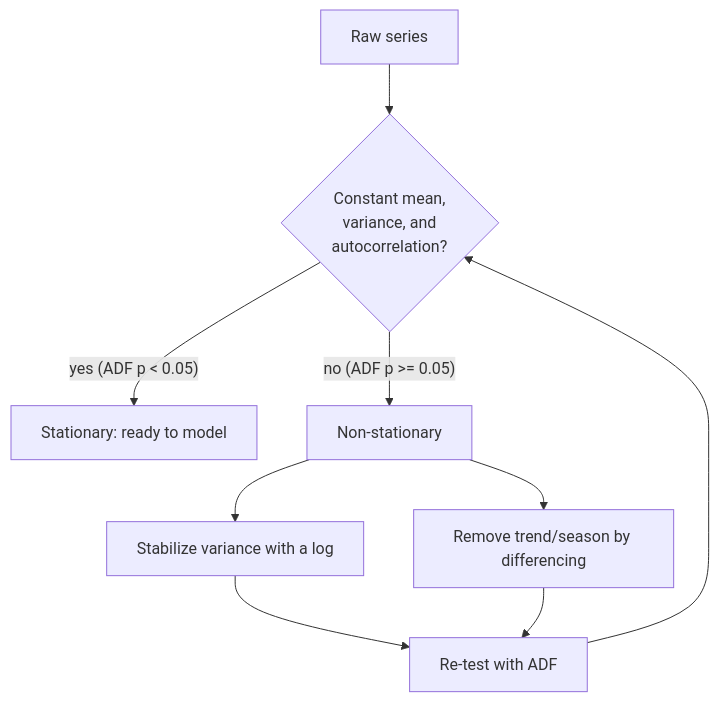
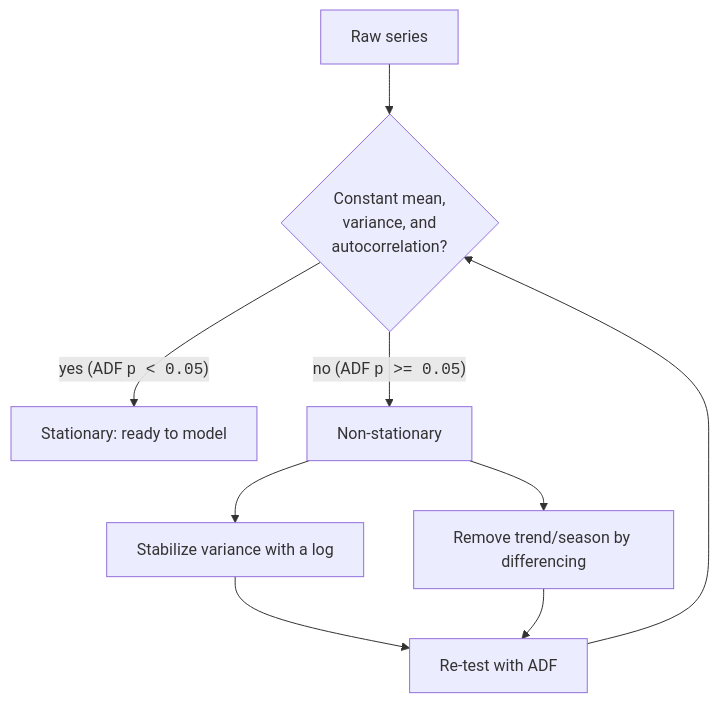
One commit to dataslope/dataslope changed the diagram in content/learn/time-series-analysis-python/stationarity.mdx. Above: the diagram before and after it, drawn with Mermaid. The commit also changed 46 other files, not shown here.

First line of the commit message:
Wrap code in mermaid edge labels + entity/table names in DB diagrams

````diff
--- a/content/learn/time-series-analysis-python/stationarity.mdx
+++ b/content/learn/time-series-analysis-python/stationarity.mdx
@@ -274,11 +274,11 @@
 ```mermaid
 flowchart TD
     A["Raw series"] --> B{"Constant mean,<br/>variance, and<br/>autocorrelation?"}
-    B -->|"yes (ADF p < 0.05)"| C["Stationary: ready to model"]
-    B -->|"no (ADF p >= 0.05)"| D["Non-stationary"]
+    B -->|"yes (ADF <code>p &lt; 0.05</code>)"| C["Stationary: ready to model"]
+    B -->|"no (ADF <code>p &gt;= 0.05</code>)"| D["Non-stationary"]
     D --> E["Stabilize variance with a log"]
     D --> F["Remove trend/season by differencing"]
     E --> G["Re-test with ADF"]
     F --> G
     G --> B
 ```
````
